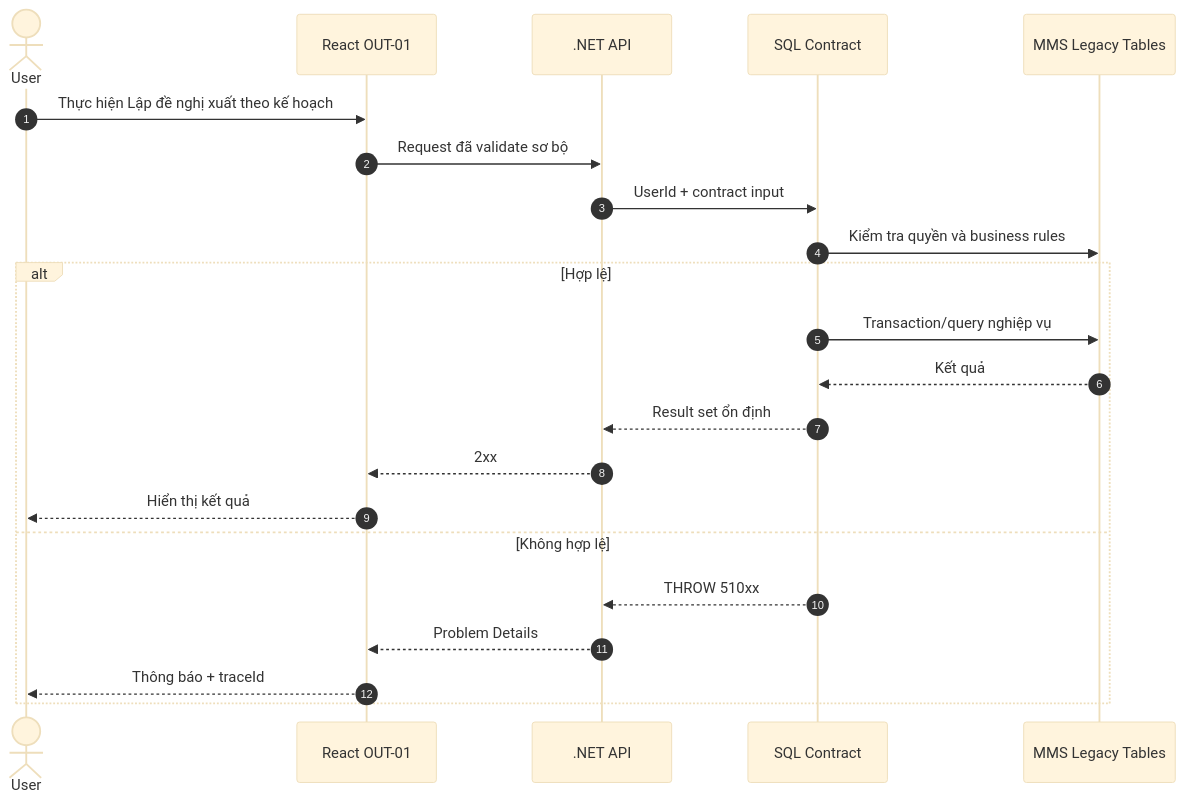
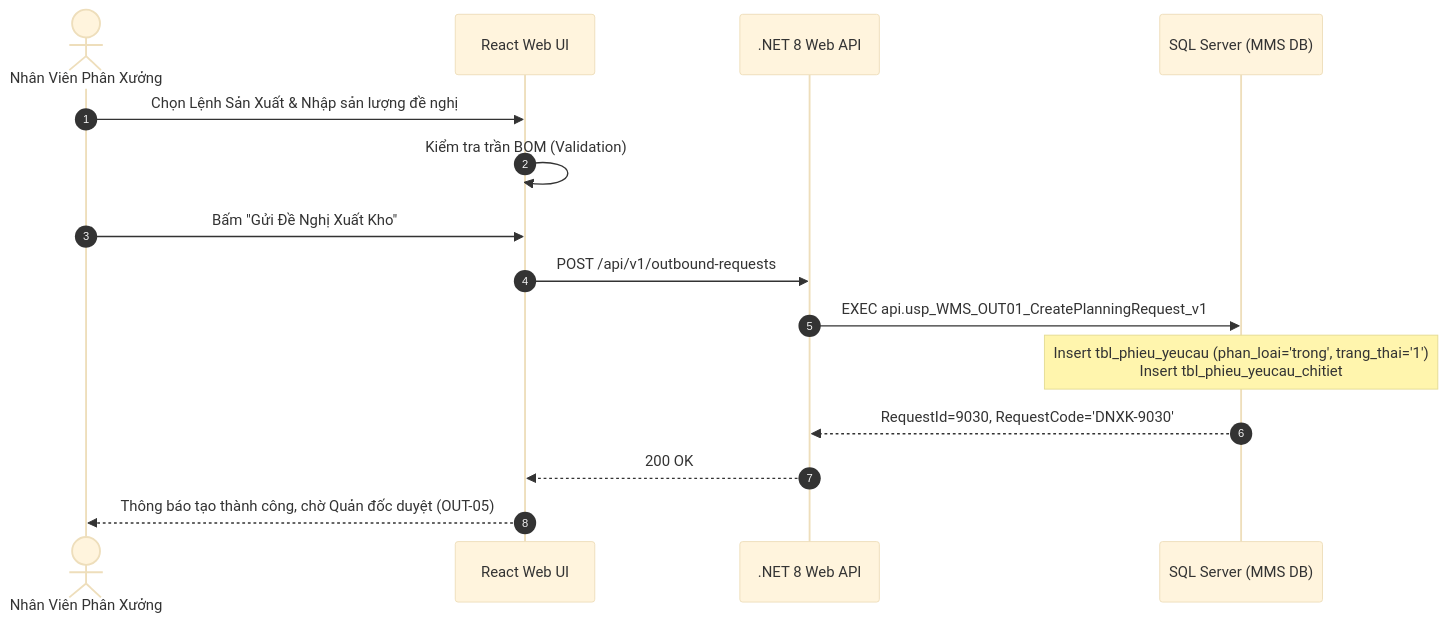
The diagram in docs/03-use-cases/UC-19_OUT-01.md (Sohoa-KNSG/mms), drawn with Mermaid (base theme) before and after one commit. The commit also changed other lines of this file and 43 other files, not shown here.

````diff
--- a/docs/03-use-cases/UC-19_OUT-01.md
+++ b/docs/03-use-cases/UC-19_OUT-01.md
@@ -207,24 +186,18 @@
-~~~mermaid
+```mermaid
 sequenceDiagram
     autonumber
-    actor User
-    participant UI as React OUT-01
-    participant API as .NET API
-    participant SP as SQL Contract
-    participant DB as MMS Legacy Tables
-    User->>UI: Thực hiện Lập đề nghị xuất theo kế hoạch
-    UI->>API: Request đã validate sơ bộ
-    API->>SP: UserId + contract input
-    SP->>DB: Kiểm tra quyền và business rules
-    alt Hợp lệ
-        SP->>DB: Transaction/query nghiệp vụ
-        DB-->>SP: Kết quả
-        SP-->>API: Result set ổn định
-        API-->>UI: 2xx
-        UI-->>User: Hiển thị kết quả
-    else Không hợp lệ
-        SP-->>API: THROW 510xx
-        API-->>UI: Problem Details
-        UI-->>User: Thông báo + traceId
-    end
-~~~
+    actor Planner as Nhân Viên Phân Xưởng
+    participant UI as React Web UI
+    participant API as .NET 8 Web API
+    participant DB as SQL Server (MMS DB)
+
+    Planner->>UI: Chọn Lệnh Sản Xuất & Nhập sản lượng đề nghị
+    UI->>UI: Kiểm tra trần BOM (Validation)
+    Planner->>UI: Bấm "Gửi Đề Nghị Xuất Kho"
+    UI->>API: POST /api/v1/outbound-requests
+    API->>DB: EXEC api.usp_WMS_OUT01_CreatePlanningRequest_v1
+    Note over DB: Insert tbl_phieu_yeucau (phan_loai='trong', trang_thai='1')<br/>Insert tbl_phieu_yeucau_chitiet
+    DB-->>API: RequestId=9030, RequestCode='DNXK-9030'
+    API-->>UI: 200 OK
+    UI-->>Planner: Thông báo tạo thành công, chờ Quản đốc duyệt (OUT-05)
+```
````
